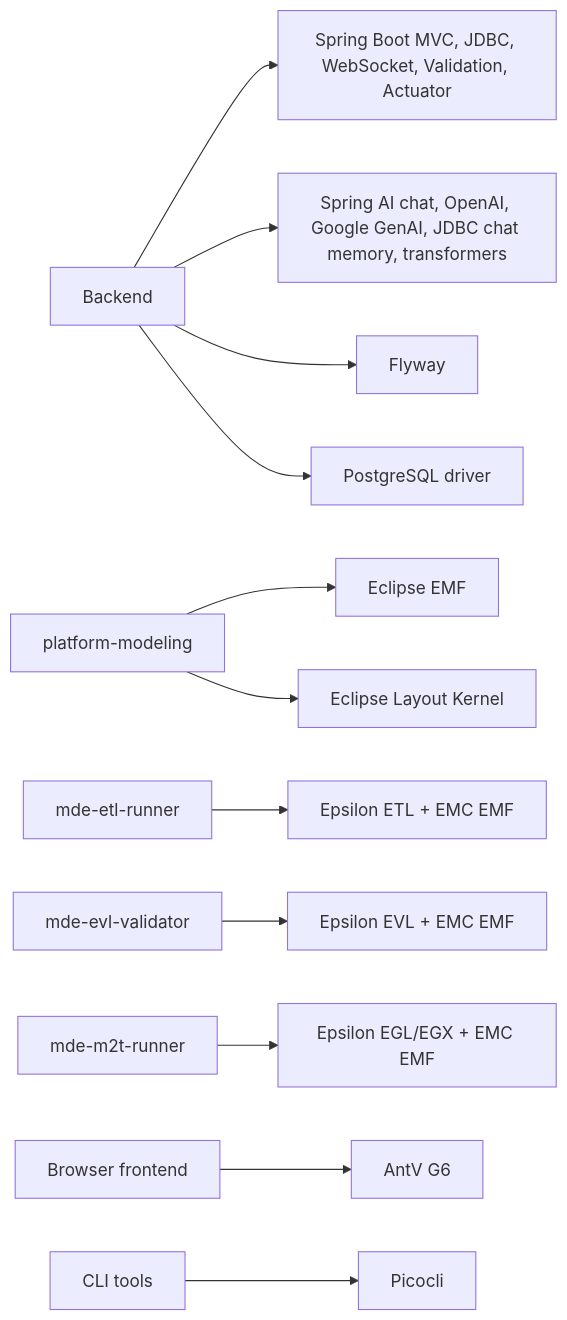
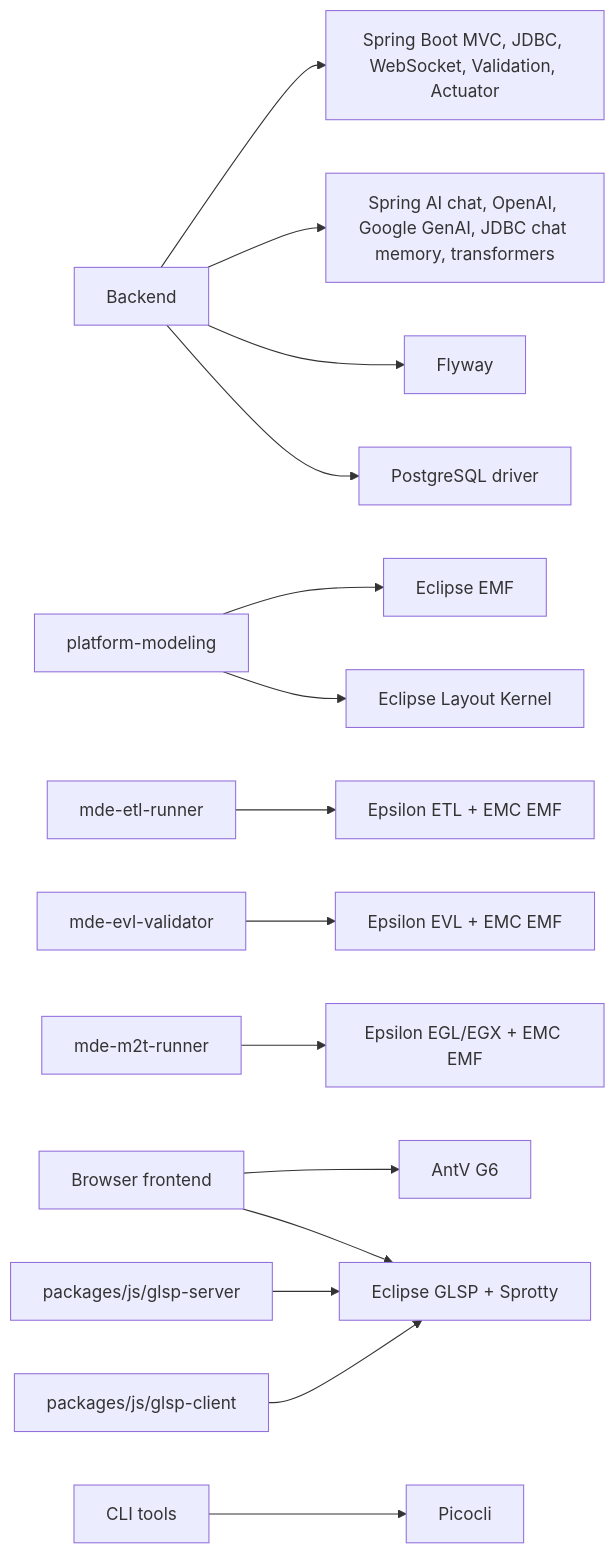
The second of 3 diagrams in docs/diagrams/05-module-dependencies.md (mehdieidi/modriss), drawn with Mermaid before and after one commit. The commit also changed 50 other files, not shown here.

````diff
--- a/docs/diagrams/05-module-dependencies.md
+++ b/docs/diagrams/05-module-dependencies.md
@@ -71,15 +71,18 @@
 ```mermaid
 flowchart LR
     backend["Backend"] --> spring["Spring Boot MVC, JDBC, WebSocket, Validation, Actuator"]
     backend --> springai["Spring AI chat, OpenAI, Google GenAI, JDBC chat memory, transformers"]
     backend --> flyway["Flyway"]
     backend --> pg["PostgreSQL driver"]
 
     modeling["platform-modeling"] --> emf["Eclipse EMF"]
     modeling --> elk["Eclipse Layout Kernel"]
     etl["mde-etl-runner"] --> epsilonEtl["Epsilon ETL + EMC EMF"]
     evl["mde-evl-validator"] --> epsilonEvl["Epsilon EVL + EMC EMF"]
     m2t["mde-m2t-runner"] --> epsilonEgl["Epsilon EGL/EGX + EMC EMF"]
     frontend["Browser frontend"] --> g6["AntV G6"]
+    frontend --> glsp["Eclipse GLSP + Sprotty"]
+    glspServer["packages/js/glsp-server"] --> glsp
+    glspClient["packages/js/glsp-client"] --> glsp
     tools["CLI tools"] --> picocli["Picocli"]
 ```
````
